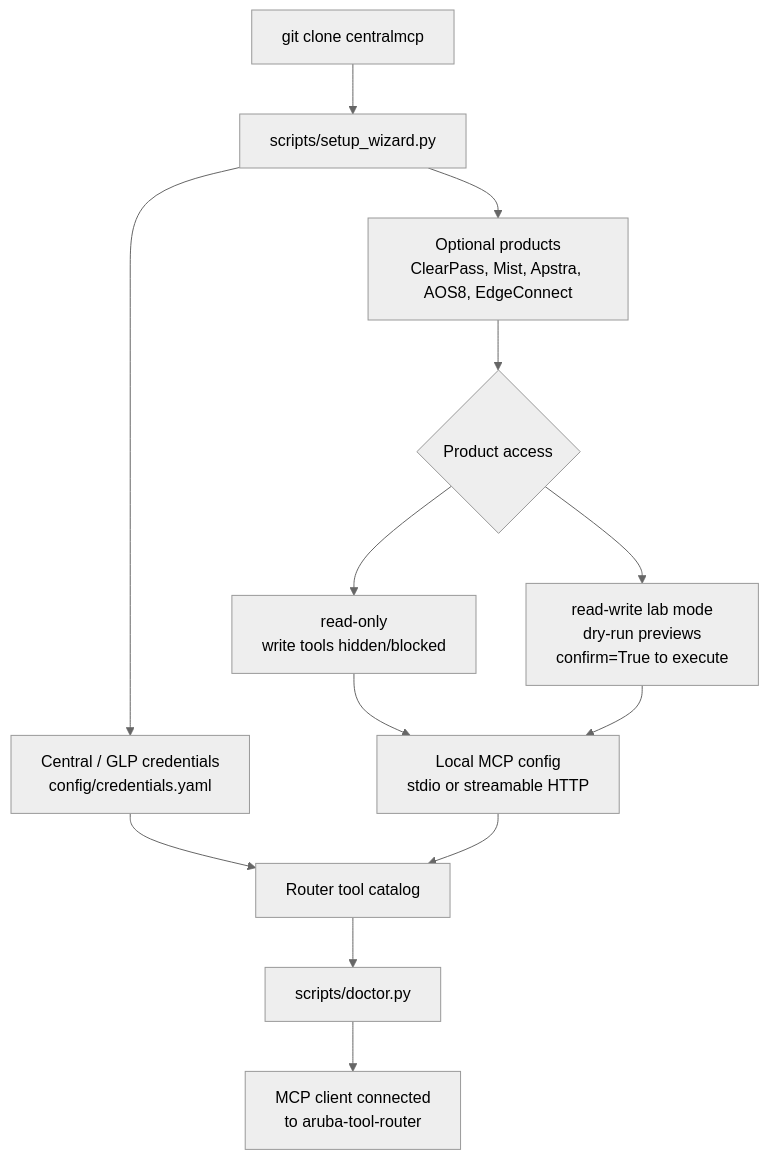
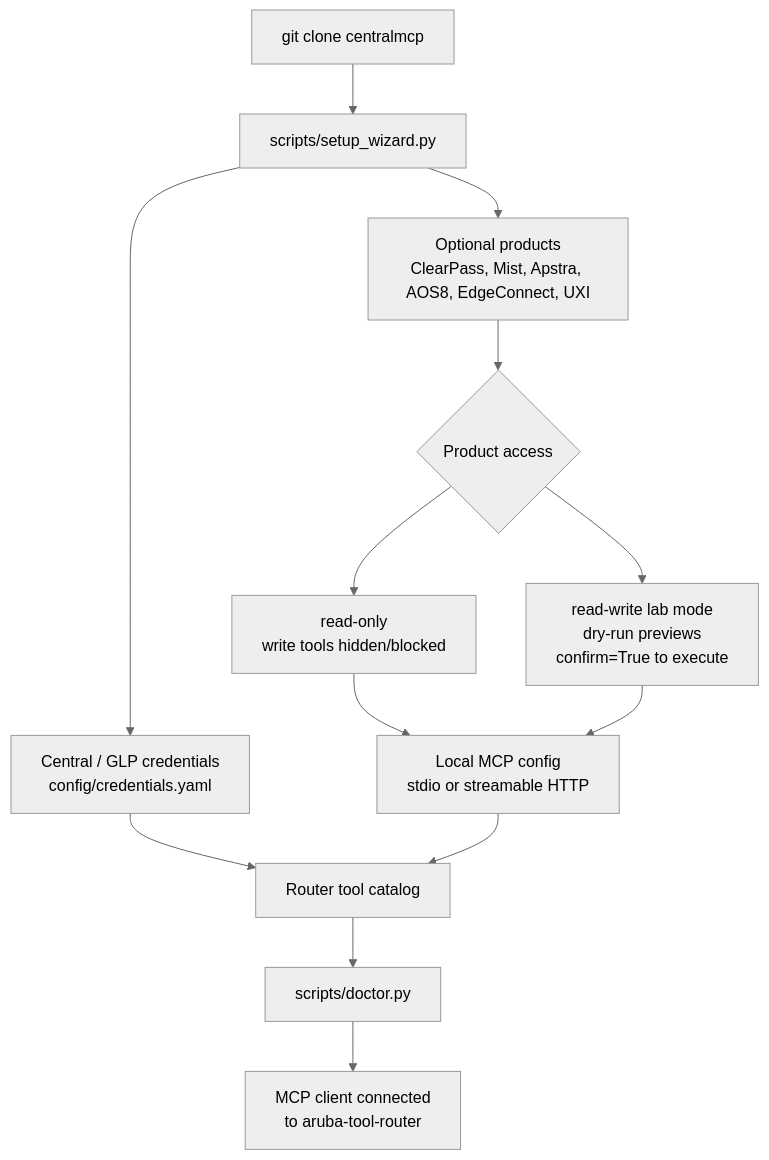
One commit to secure-ssid/centralmcp changed the diagram in docs/index.md. Above: the diagram before and after it, drawn with Mermaid (neutral theme). The commit also changed other lines of this file and 25 other files, not shown here.

First line of the commit message:
Add UXI optional backend

````diff
--- a/docs/index.md
+++ b/docs/index.md
@@ -23,27 +23,27 @@
 ```mermaid
 flowchart TD
     clone["git clone centralmcp"]
     wizard["scripts/setup_wizard.py"]
     credentials["Central / GLP credentials<br/>config/credentials.yaml"]
-    products["Optional products<br/>ClearPass, Mist, Apstra, AOS8, EdgeConnect"]
+    products["Optional products<br/>ClearPass, Mist, Apstra, AOS8, EdgeConnect, UXI"]
     access{"Product access"}
     readonly["read-only<br/>write tools hidden/blocked"]
     readwrite["read-write lab mode<br/>dry-run previews<br/>confirm=True to execute"]
     config["Local MCP config<br/>stdio or streamable HTTP"]
     catalog["Router tool catalog"]
     doctor["scripts/doctor.py"]
     ready["MCP client connected<br/>to aruba-tool-router"]
 
     clone --> wizard
     wizard --> credentials
     wizard --> products
     products --> access
     access --> readonly
     access --> readwrite
     readonly --> config
     readwrite --> config
     credentials --> catalog
     config --> catalog
     catalog --> doctor
     doctor --> ready
 ```
````
